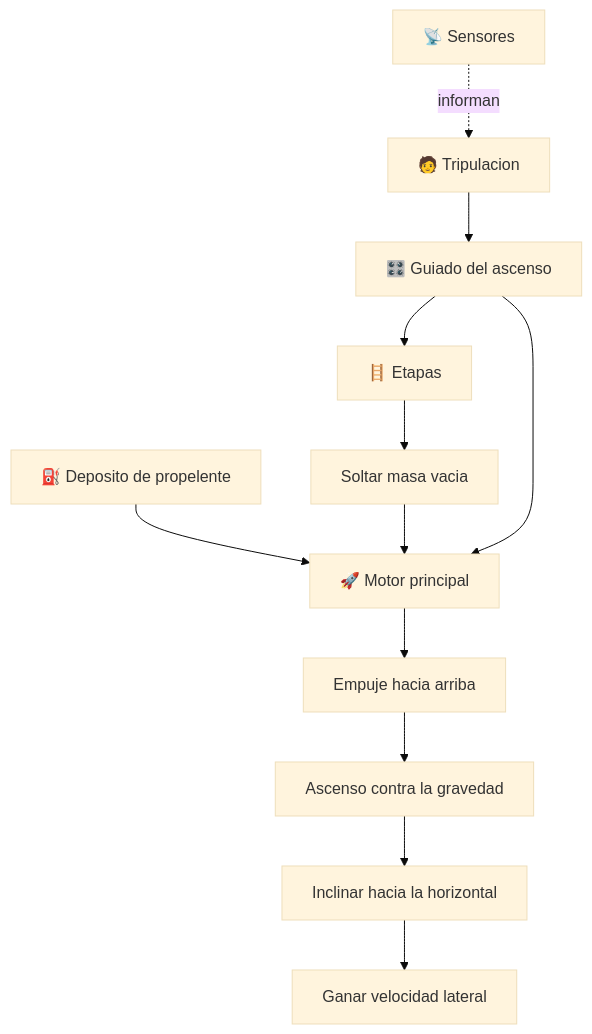
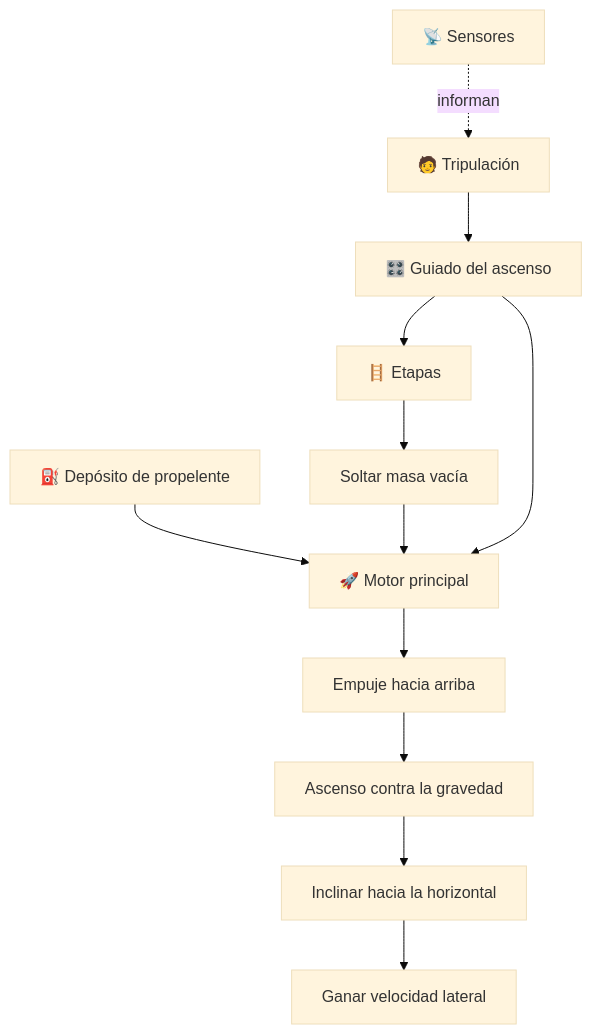
Before and after one commit to vladimiracunadev-create/machine-operator-program: the diagram in vehiculos-fantasticos/thunderbird-3/README.md, drawn with Mermaid (base theme). The commit also changed other lines of this file and 442 other files, not shown here.

````diff
--- a/vehiculos-fantasticos/thunderbird-3/README.md
+++ b/vehiculos-fantasticos/thunderbird-3/README.md
@@ -34,14 +34,14 @@
 ```mermaid
 flowchart TD
-    Combustible[⛽ Deposito de propelente] --> Motor[🚀 Motor principal]
+    Combustible[⛽ Depósito de propelente] --> Motor[🚀 Motor principal]
     Motor --> Empuje[Empuje hacia arriba]
     Empuje --> Ascenso[Ascenso contra la gravedad]
     Ascenso --> Giro[Inclinar hacia la horizontal]
     Giro --> Orbita[Ganar velocidad lateral]
-    Etapas[🪜 Etapas] --> Suelta[Soltar masa vacia]
+    Etapas[🪜 Etapas] --> Suelta[Soltar masa vacía]
     Suelta --> Motor
-    Piloto[🧑 Tripulacion] --> Guiado[🎛️ Guiado del ascenso]
+    Piloto[🧑 Tripulación] --> Guiado[🎛️ Guiado del ascenso]
     Guiado --> Motor
     Guiado --> Etapas
     Sensores[📡 Sensores] -. informan .-> Piloto
 ```
````
